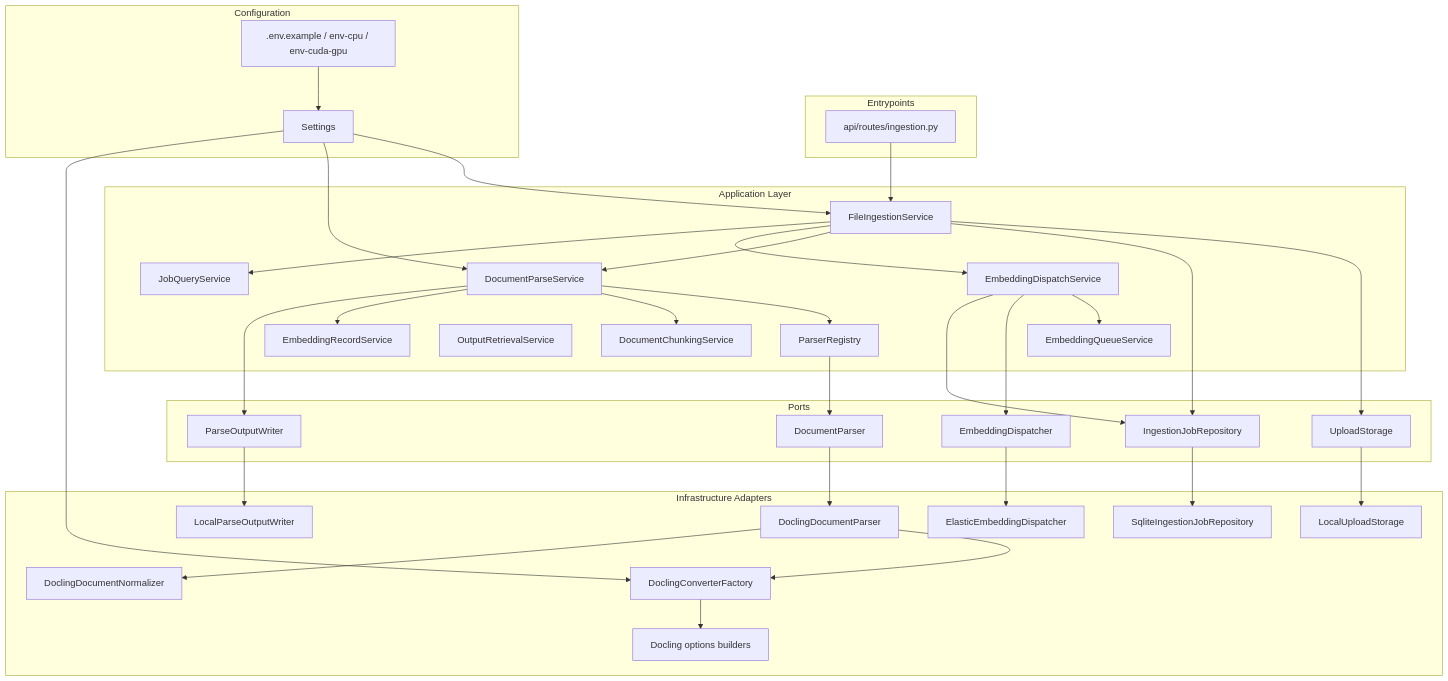
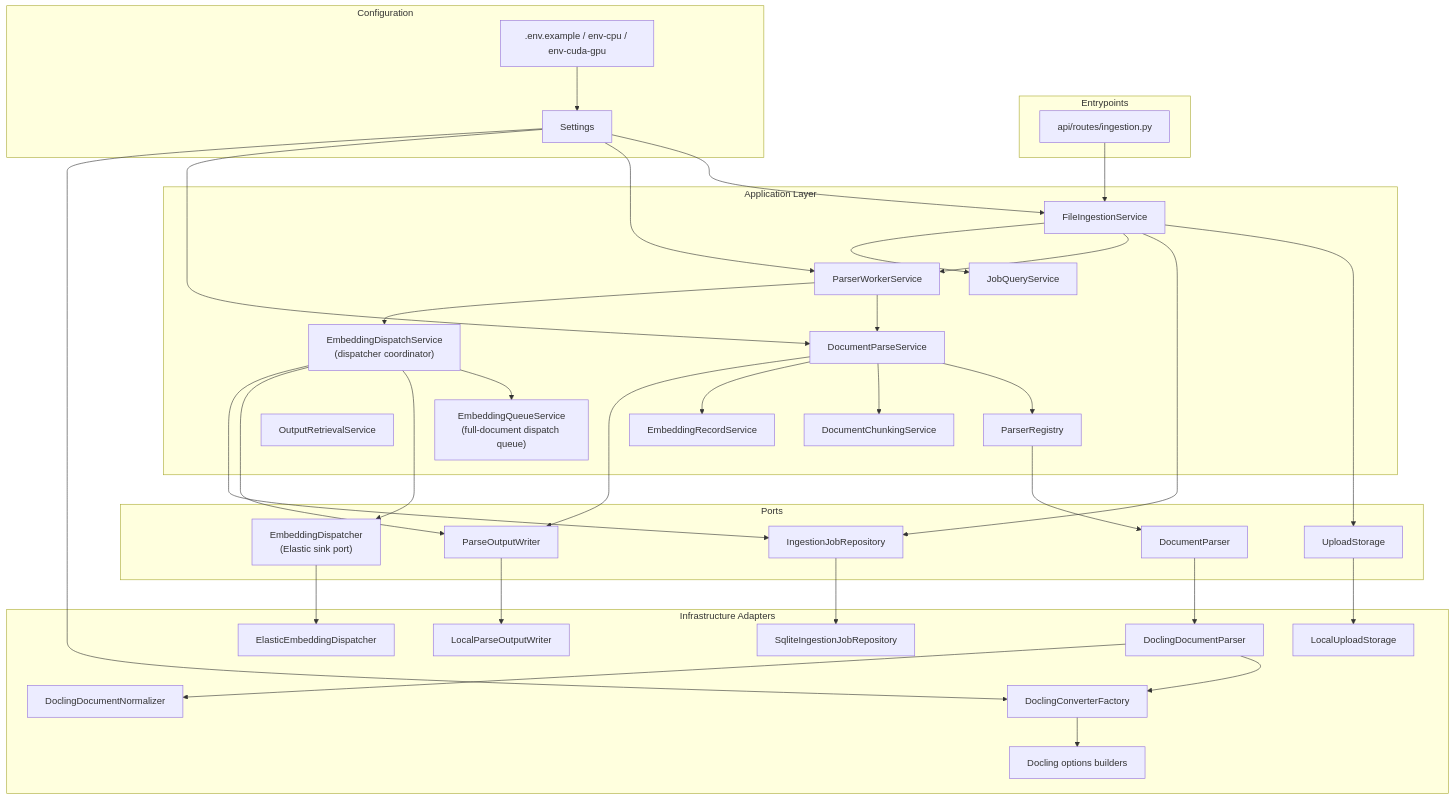
One commit to alrolo3/ingest-orquestator-service changed the second of 7 diagrams in docs/architecture-diagram.md. Above: the diagram before and after it, drawn with Mermaid. The commit also changed other lines of this file and 41 other files, not shown here.

Commit message:
Implement v1.5 async ingestion dispatch

````diff
--- a/docs/architecture-diagram.md
+++ b/docs/architecture-diagram.md
@@ -25,74 +27,78 @@
 ```mermaid
 flowchart TB
     subgraph Entrypoints["Entrypoints"]
         FastAPI["api/routes/ingestion.py"]
     end
 
     subgraph Application["Application Layer"]
         FileIngestion["FileIngestionService"]
         ParseService["DocumentParseService"]
         Chunking["DocumentChunkingService"]
         Embedding["EmbeddingRecordService"]
         OutputRetrieval["OutputRetrievalService"]
         JobQuery["JobQueryService"]
-        EmbeddingQueue["EmbeddingQueueService"]
-        EmbeddingDispatch["EmbeddingDispatchService"]
+        ParserWorkers["ParserWorkerService"]
+        DispatchQueue["EmbeddingQueueService<br/>(full-document dispatch queue)"]
+        DispatchService["EmbeddingDispatchService<br/>(dispatcher coordinator)"]
         Registry["ParserRegistry"]
     end
 
     subgraph Ports["Ports"]
         ParserPort["DocumentParser"]
         WriterPort["ParseOutputWriter"]
         UploadPort["UploadStorage"]
         JobRepoPort["IngestionJobRepository"]
-        EmbeddingPort["EmbeddingDispatcher"]
+        DispatchPort["EmbeddingDispatcher<br/>(Elastic sink port)"]
     end
 
     subgraph Infrastructure["Infrastructure Adapters"]
         DoclingParser["DoclingDocumentParser"]
         ConverterFactory["DoclingConverterFactory"]
         DoclingOptions["Docling options builders"]
         Normalizer["DoclingDocumentNormalizer"]
         Writer["LocalParseOutputWriter"]
         Uploads["LocalUploadStorage"]
         SQLite["SqliteIngestionJobRepository"]
         ElasticDispatch["ElasticEmbeddingDispatcher"]
     end
 
     subgraph Config["Configuration"]
         Settings["Settings"]
         EnvFiles[".env.example / env-cpu / env-cuda-gpu"]
     end
 
     FastAPI --> FileIngestion
 
     FileIngestion --> UploadPort
     FileIngestion --> JobRepoPort
-    FileIngestion --> ParseService
-    FileIngestion --> EmbeddingDispatch
+    FileIngestion --> ParserWorkers
     FileIngestion --> JobQuery
 
+    ParserWorkers --> ParseService
+    ParserWorkers --> DispatchService
     ParseService --> Registry
     ParseService --> Chunking
     ParseService --> Embedding
     ParseService --> WriterPort
 
     Registry --> ParserPort
     ParserPort --> DoclingParser
     WriterPort --> Writer
     UploadPort --> Uploads
     JobRepoPort --> SQLite
-    EmbeddingPort --> ElasticDispatch
-    EmbeddingDispatch --> EmbeddingQueue
-    EmbeddingDispatch --> EmbeddingPort
-    EmbeddingDispatch --> JobRepoPort
+    DispatchPort --> ElasticDispatch
+    DispatchService --> DispatchQueue
+    DispatchService --> DispatchPort
+    DispatchService --> WriterPort
+    DispatchService --> JobRepoPort
 
     DoclingParser --> ConverterFactory
     DoclingParser --> Normalizer
     ConverterFactory --> DoclingOptions
 
     EnvFiles --> Settings
     Settings --> FileIngestion
+    Settings --> ParserWorkers
     Settings --> ParseService
     Settings --> ConverterFactory
 ```
````
